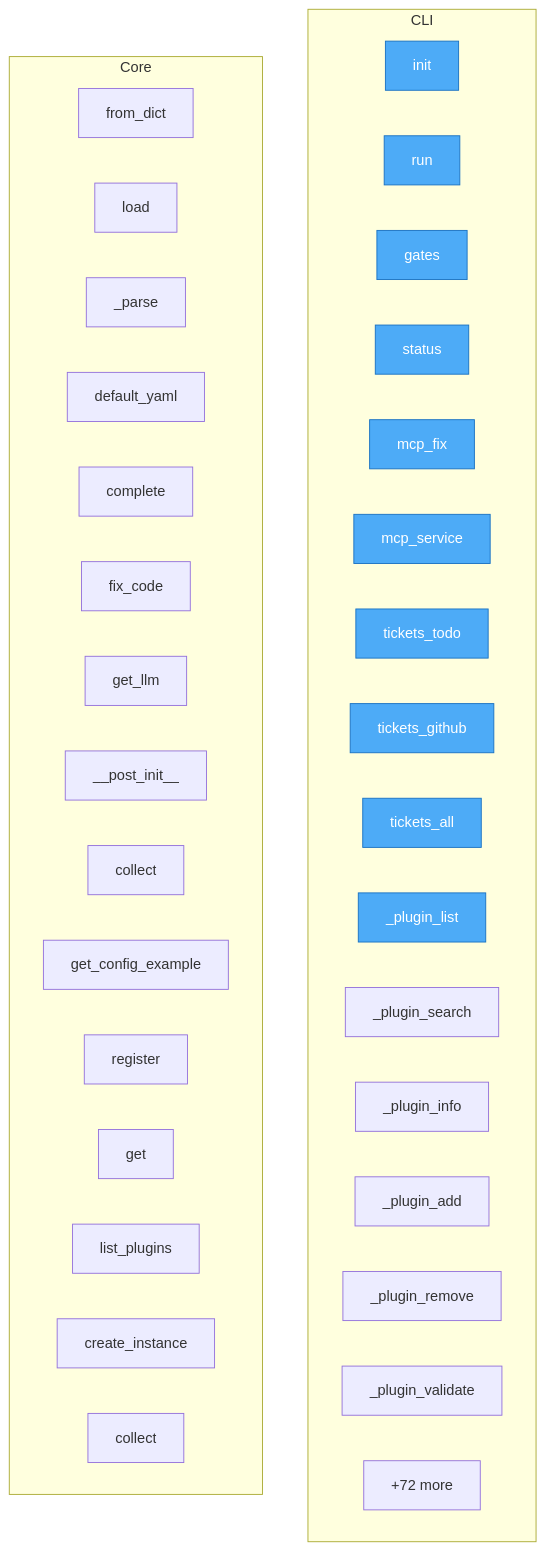
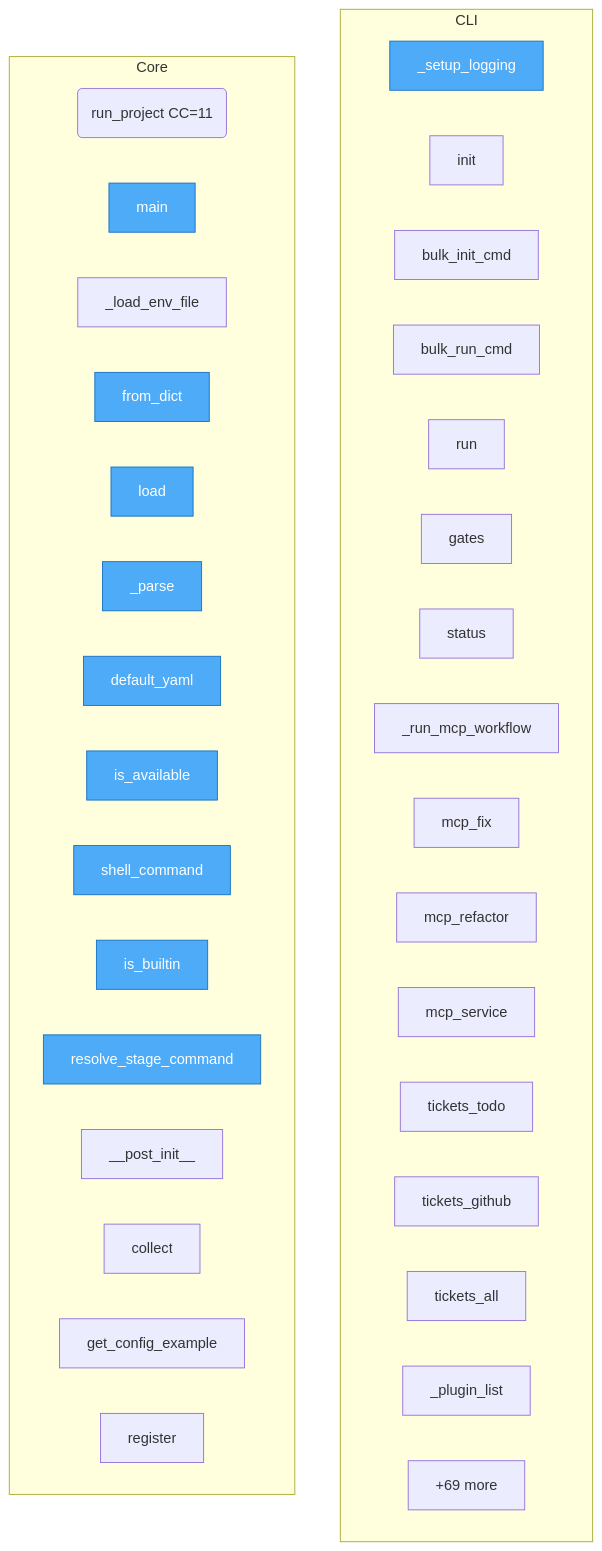
One commit to semcod/pyqual changed the diagram in project/flow.mmd. Above: the diagram before and after it, drawn with Mermaid. The commit also changed 24 other files, not shown here.

First line of the commit message:
refactor(docs): code analysis engine

```diff
--- a/project/flow.mmd
+++ b/project/flow.mmd
@@ -1,44 +1,44 @@
 flowchart TD
 
     %% Entry points (blue)
     classDef entry fill:#4dabf7,stroke:#1971c2,color:#fff
 
     subgraph CLI
+        pyqual__cli___setup_logging["_setup_logging"]
         pyqual__cli__init["init"]
+        pyqual__cli__bulk_init_cmd["bulk_init_cmd"]
+        pyqual__cli__bulk_run_cmd["bulk_run_cmd"]
         pyqual__cli__run["run"]
         pyqual__cli__gates["gates"]
         pyqual__cli__status["status"]
+        pyqual__cli___run_mcp_workflow["_run_mcp_workflow"]
         pyqual__cli__mcp_fix["mcp_fix"]
+        pyqual__cli__mcp_refactor["mcp_refactor"]
         pyqual__cli__mcp_service["mcp_service"]
         pyqual__cli__tickets_todo["tickets_todo"]
         pyqual__cli__tickets_github["tickets_github"]
         pyqual__cli__tickets_all["tickets_all"]
         pyqual__cli___plugin_list["_plugin_list"]
-        pyqual__cli___plugin_search["_plugin_search"]
-        pyqual__cli___plugin_info["_plugin_info"]
-        pyqual__cli___plugin_add["_plugin_add"]
-        pyqual__cli___plugin_remove["_plugin_remove"]
-        pyqual__cli___plugin_validate["_plugin_validate"]
-        ...["+3 more"]
+        ...["+12 more"]
     end
 
     subgraph Core
+        run_analysis__run_project("run_project CC=11")
+        run_analysis__main["main"]
+        pyqual__config___load_env_file["_load_env_file"]
         pyqual__config__GateConfig__from_dict["from_dict"]
         pyqual__config__PyqualConfig__load["load"]
         pyqual__config__PyqualConfig___parse["_parse"]
         pyqual__config__PyqualConfig__default_yaml["default_yaml"]
-        pyqual__llm__LLM__complete["complete"]
-        pyqual__llm__LLM__fix_code["fix_code"]
-        pyqual__llm__get_llm["get_llm"]
+        pyqual__tools__ToolPreset__is_available["is_available"]
+        pyqual__tools__ToolPreset__shell_command["shell_command"]
+        pyqual__tools__is_builtin["is_builtin"]
+        pyqual__tools__resolve_stage_command["resolve_stage_command"]
         pyqual__plugins__PluginMetadata____post_init__["__post_init__"]
         pyqual__plugins__MetricCollector__collect["collect"]
         pyqual__plugins__MetricCollector__get_config_example["get_config_example"]
         pyqual__plugins__PluginRegistry__register["register"]
-        pyqual__plugins__PluginRegistry__get["get"]
-        pyqual__plugins__PluginRegistry__list_plugins["list_plugins"]
-        pyqual__plugins__PluginRegistry__create_instance["create_instance"]
-        pyqual__plugins__LLMBenchCollector__collect["collect"]
-        ...["+72 more"]
+        ...["+69 more"]
     end
 
-    class pyqual__cli__init,pyqual__cli__run,pyqual__cli__gates,pyqual__cli__status,pyqual__cli__mcp_fix,pyqual__cli__mcp_service,pyqual__cli__tickets_todo,pyqual__cli__tickets_github,pyqual__cli__tickets_all,pyqual__cli___plugin_list entry
+    class run_analysis__main,pyqual__config__GateConfig__from_dict,pyqual__config__PyqualConfig__load,pyqual__config__PyqualConfig___parse,pyqual__config__PyqualConfig__default_yaml,pyqual__tools__ToolPreset__is_available,pyqual__tools__ToolPreset__shell_command,pyqual__tools__is_builtin,pyqual__tools__resolve_stage_command,pyqual__cli___setup_logging entry
```
